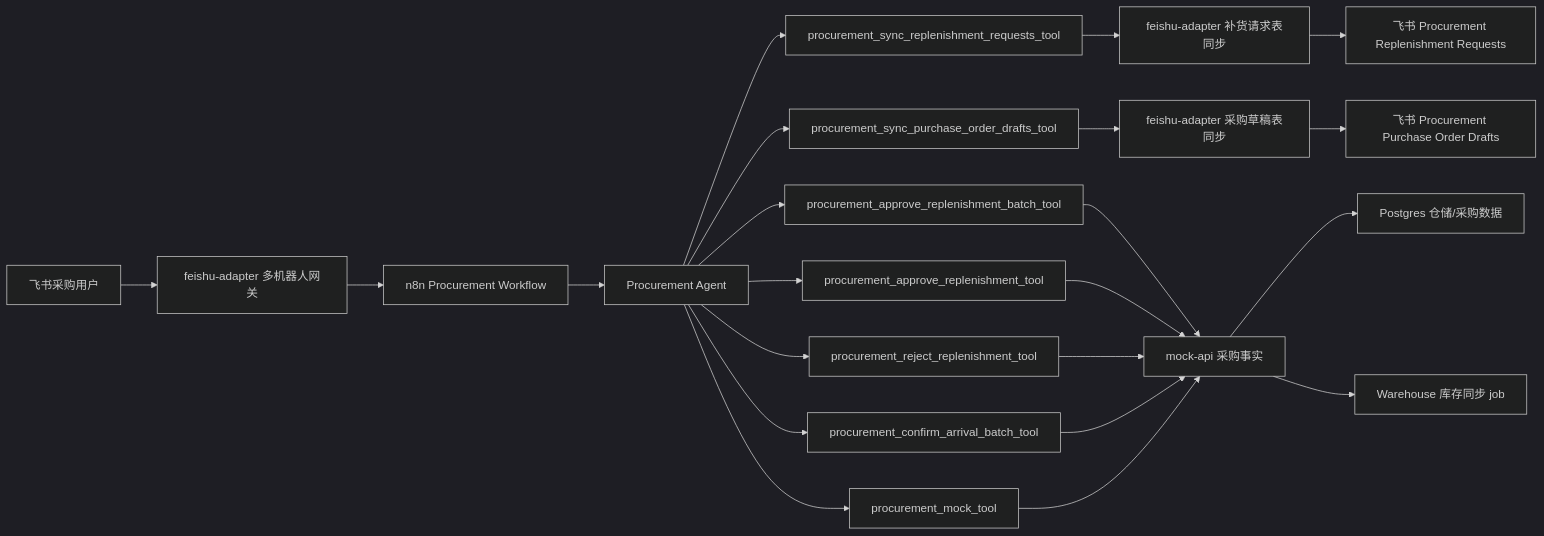
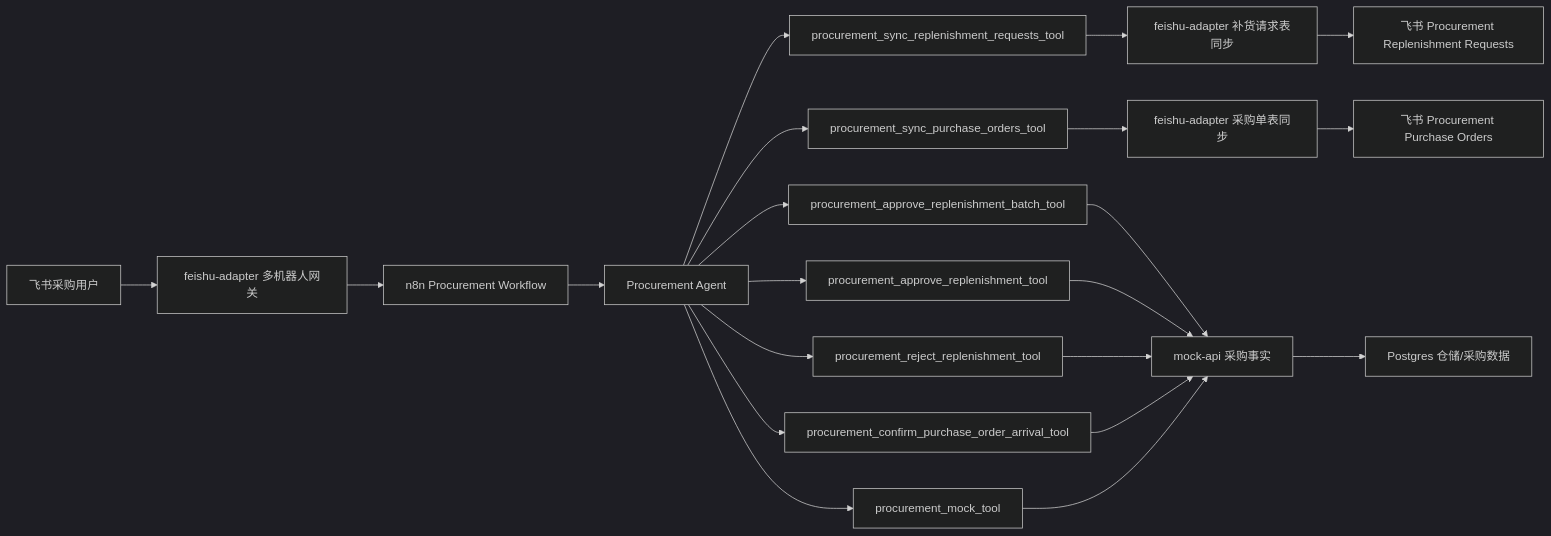
The second of 3 diagrams in README.md (talon1126/agent), drawn with Mermaid (dark theme) before and after one commit. The commit also changed other lines of this file and 9 other files, not shown here.

Commit message:
feat: promote procurement purchase orders

````diff
--- a/README.md
+++ b/README.md
@@ -99,27 +99,26 @@
 ```mermaid
 flowchart LR
     User["飞书采购用户"] --> Gateway["feishu-adapter 多机器人网关"]
     Gateway --> Workflow["n8n Procurement Workflow"]
     Workflow --> Agent["Procurement Agent"]
 
     Agent --> SyncReqTool["procurement_sync_replenishment_requests_tool"]
-    Agent --> SyncDraftTool["procurement_sync_purchase_order_drafts_tool"]
+    Agent --> SyncOrderTool["procurement_sync_purchase_orders_tool"]
     Agent --> BatchApproveTool["procurement_approve_replenishment_batch_tool"]
     Agent --> ApproveTool["procurement_approve_replenishment_tool"]
     Agent --> RejectTool["procurement_reject_replenishment_tool"]
-    Agent --> ArrivalTool["procurement_confirm_arrival_batch_tool"]
+    Agent --> ArrivalTool["procurement_confirm_purchase_order_arrival_tool"]
     Agent --> MockTool["procurement_mock_tool"]
 
     SyncReqTool --> AdapterReq["feishu-adapter 补货请求表同步"]
-    SyncDraftTool --> AdapterDraft["feishu-adapter 采购草稿表同步"]
+    SyncOrderTool --> AdapterOrder["feishu-adapter 采购单表同步"]
     BatchApproveTool --> MockAPI["mock-api 采购事实"]
     ApproveTool --> MockAPI
     RejectTool --> MockAPI
     ArrivalTool --> MockAPI
     MockTool --> MockAPI
 
     AdapterReq --> ReqTable["飞书 Procurement Replenishment Requests"]
-    AdapterDraft --> DraftTable["飞书 Procurement Purchase Order Drafts"]
+    AdapterOrder --> OrderTable["飞书 Procurement Purchase Orders"]
     MockAPI --> Postgres["Postgres 仓储/采购数据"]
-    MockAPI --> WarehouseJob["Warehouse 库存同步 job"]
 ```
````
